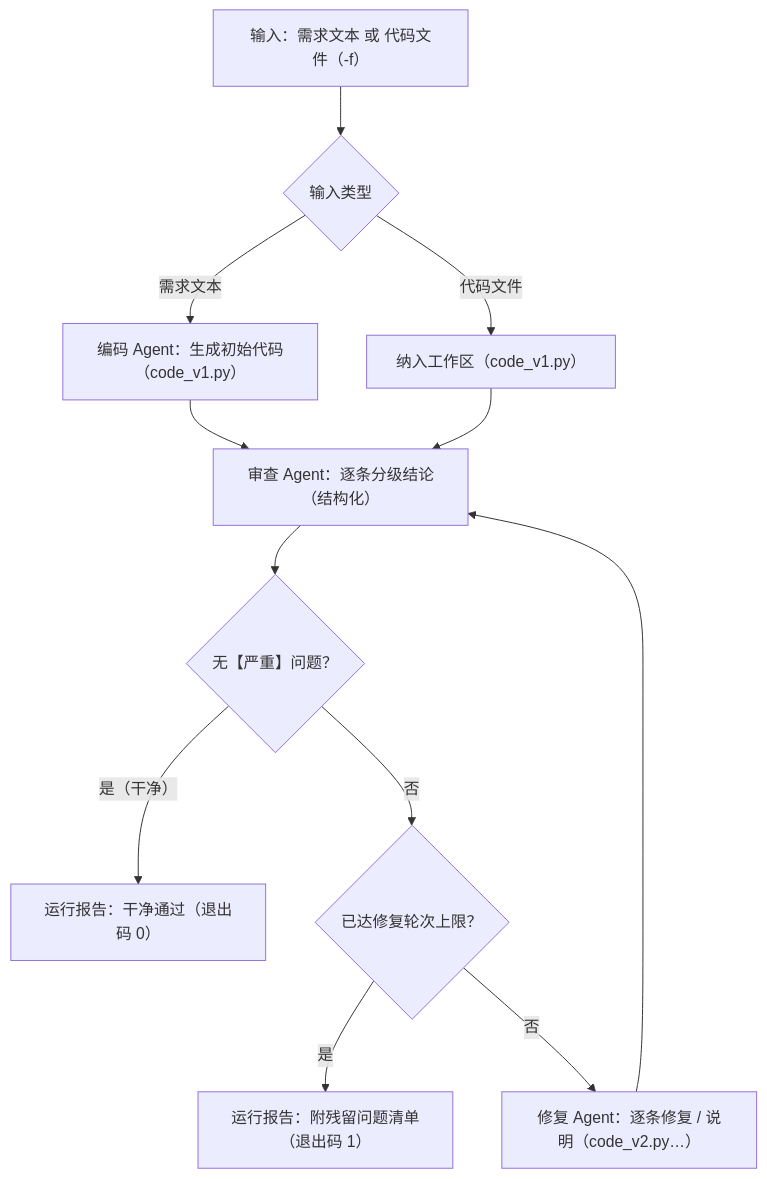
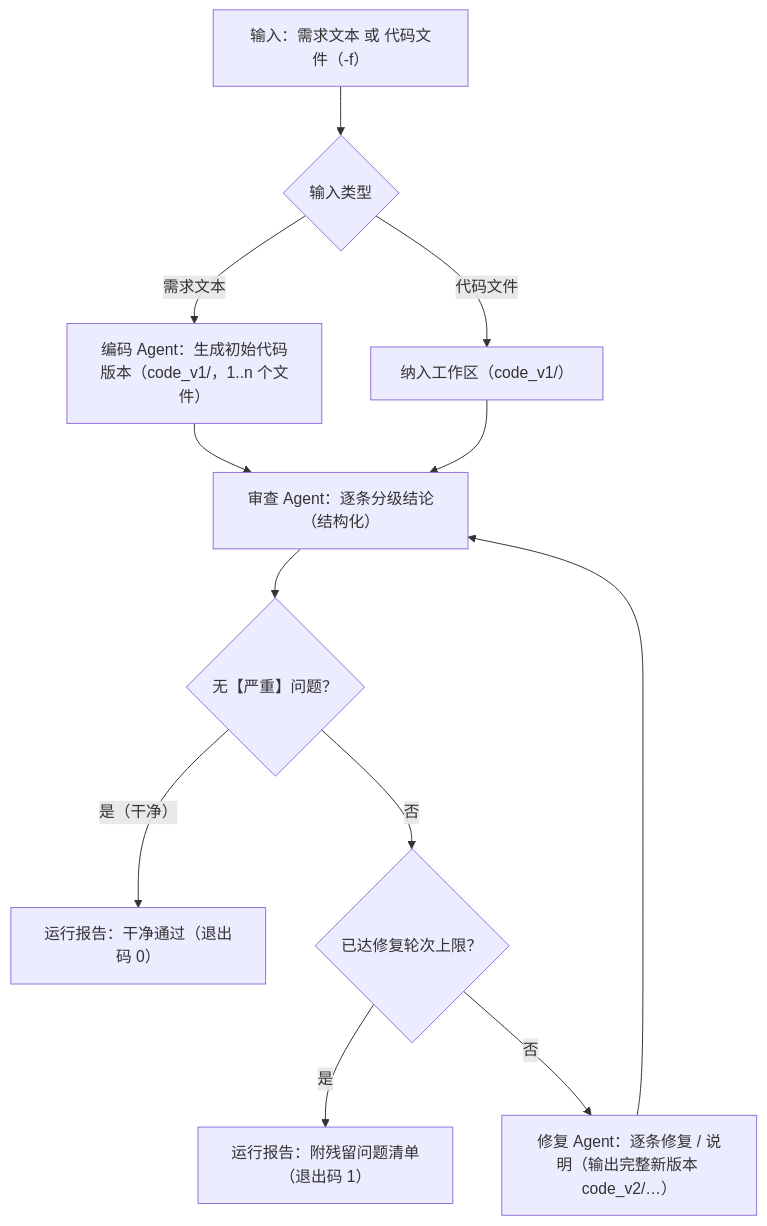
One commit to StyxNether/code-review-workflow changed the diagram in README.md. Above: the diagram before and after it, drawn with Mermaid. The commit also changed other lines of this file and 39 other files, not shown here.

````diff
--- a/README.md
+++ b/README.md
@@ -7,14 +7,14 @@
 ```mermaid
 flowchart TD
     A["输入：需求文本 或 代码文件（-f）"] --> B{"输入类型"}
-    B -- "需求文本" --> C["编码 Agent：生成初始代码（code_v1.py）"]
-    B -- "代码文件" --> D["纳入工作区（code_v1.py）"]
+    B -- "需求文本" --> C["编码 Agent：生成初始代码版本（code_v1/，1..n 个文件）"]
+    B -- "代码文件" --> D["纳入工作区（code_v1/）"]
     C --> E["审查 Agent：逐条分级结论（结构化）"]
     D --> E
     E --> F{"无【严重】问题？"}
     F -- "是（干净）" --> G["运行报告：干净通过（退出码 0）"]
     F -- "否" --> H{"已达修复轮次上限？"}
     H -- "是" --> I["运行报告：附残留问题清单（退出码 1）"]
-    H -- "否" --> J["修复 Agent：逐条修复 / 说明（code_v2.py…）"]
+    H -- "否" --> J["修复 Agent：逐条修复 / 说明（输出完整新版本 code_v2/…）"]
     J --> E
 ```
````
